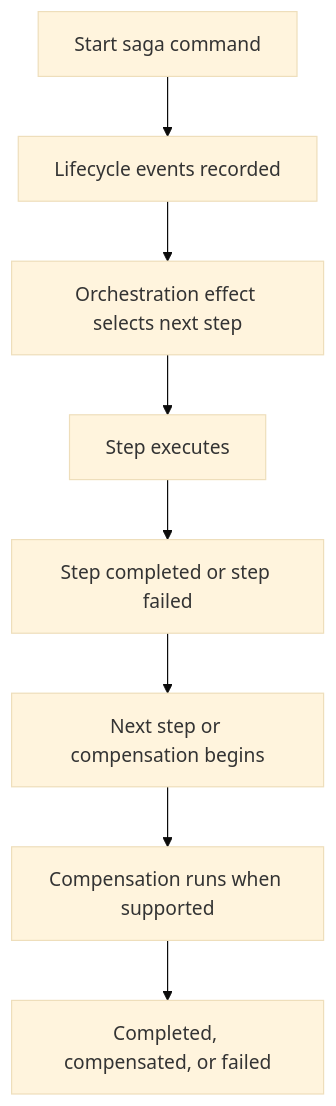
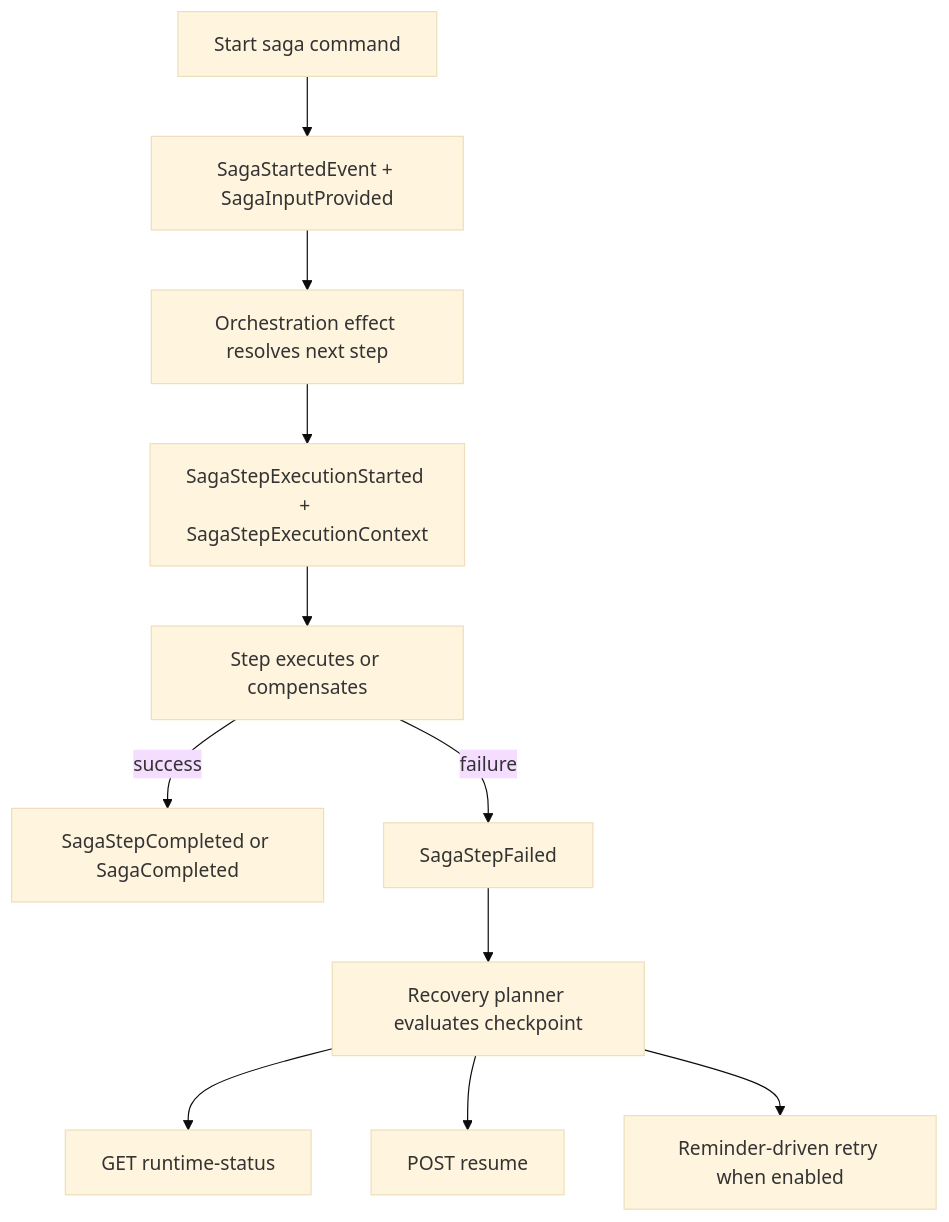
One commit to Gibbs-Morris/mississippi changed the diagram in docs/Docusaurus/docs/concepts/sagas-and-orchestration.md. Above: the diagram before and after it, drawn with Mermaid (base theme). The commit also changed other lines of this file and 7 other files, not shown here.

Commit message:
Document recovery-aware saga contracts

````diff
--- a/docs/Docusaurus/docs/concepts/sagas-and-orchestration.md
+++ b/docs/Docusaurus/docs/concepts/sagas-and-orchestration.md
@@ -40,10 +40,13 @@
 ```mermaid
 flowchart TB
-    A[Start saga command] --> B[Lifecycle events recorded]
-    B --> C[Orchestration effect selects next step]
-    C --> D[Step executes]
-    D --> E[Step completed or step failed]
-    E --> F[Next step or compensation begins]
-    F --> G[Compensation runs when supported]
-    G --> H[Completed, compensated, or failed]
+    A[Start saga command] --> B[SagaStartedEvent + SagaInputProvided]
+    B --> C[Orchestration effect resolves next step]
+    C --> D[SagaStepExecutionStarted + SagaStepExecutionContext]
+    D --> E[Step executes or compensates]
+    E -->|success| F[SagaStepCompleted or SagaCompleted]
+    E -->|failure| G[SagaStepFailed]
+    G --> H[Recovery planner evaluates checkpoint]
+    H --> I[GET runtime-status]
+    H --> J[POST resume]
+    H --> K[Reminder-driven retry when enabled]
 ```
````
